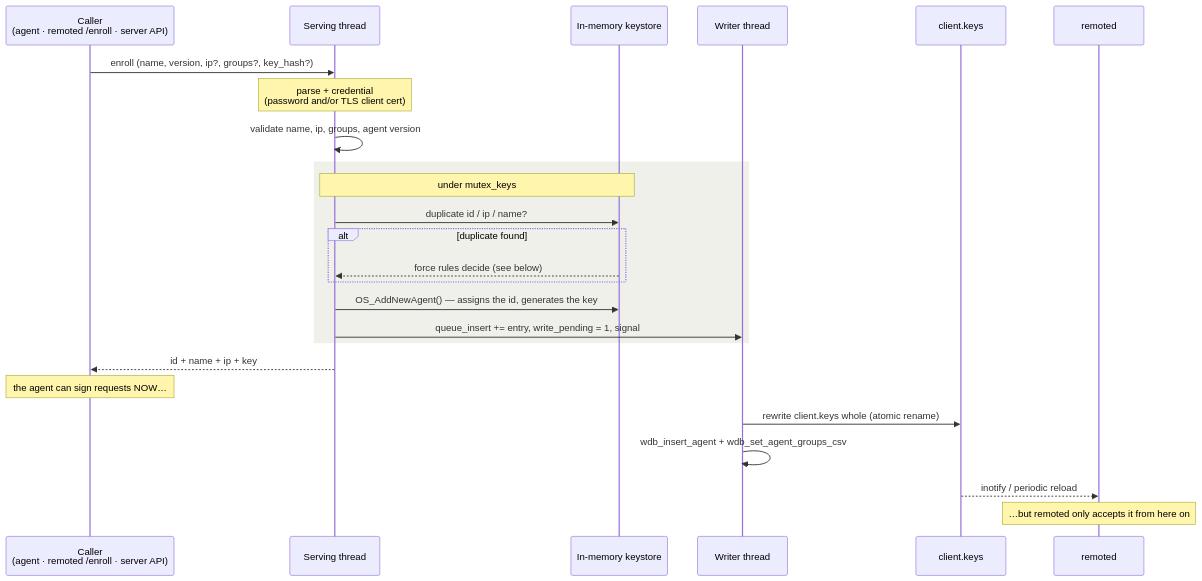
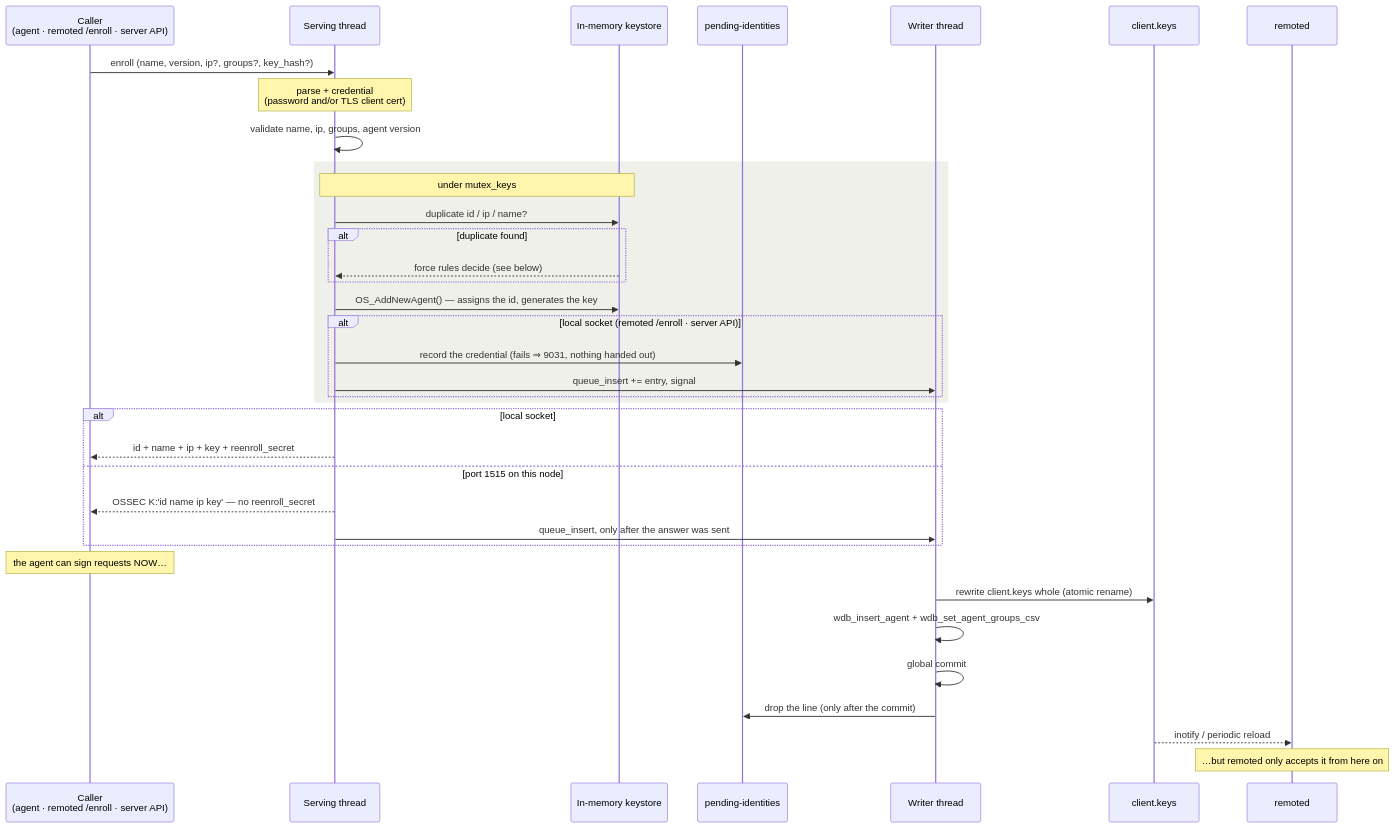
The third of 8 diagrams in docs/ref/modules/authd/architecture.md (wazuh/wazuh), drawn with Mermaid before and after one commit. The commit also changed other lines of this file and 2 other files, not shown here.

````diff
--- a/docs/ref/modules/authd/architecture.md
+++ b/docs/ref/modules/authd/architecture.md
@@ -91,28 +97,39 @@
 ```mermaid
 sequenceDiagram
     participant C as Caller<br/>(agent · remoted /enroll · server API)
     participant T as Serving thread
     participant KS as In-memory keystore
+    participant IJ as pending-identities
     participant W as Writer thread
     participant CK as client.keys
     participant R as remoted
 
     C->>T: enroll (name, version, ip?, groups?, key_hash?)
     Note over T: parse + credential<br/>(password and/or TLS client cert)
     T->>T: validate name, ip, groups, agent version
     rect rgb(240, 240, 235)
         Note over T,KS: under mutex_keys
         T->>KS: duplicate id / ip / name?
         alt duplicate found
             KS-->>T: force rules decide (see below)
         end
         T->>KS: OS_AddNewAgent() — assigns the id, generates the key
-        T->>W: queue_insert += entry, write_pending = 1, signal
+        alt local socket (remoted /enroll · server API)
+            T->>IJ: record the credential (fails ⇒ 9031, nothing handed out)
+            T->>W: queue_insert += entry, signal
+        end
     end
-    T-->>C: id + name + ip + key
+    alt local socket
+        T-->>C: id + name + ip + key + reenroll_secret
+    else port 1515 on this node
+        T-->>C: OSSEC K:'id name ip key' — no reenroll_secret
+        T->>W: queue_insert, only after the answer was sent
+    end
     Note over C: the agent can sign requests NOW…
     W->>CK: rewrite client.keys whole (atomic rename)
     W->>W: wdb_insert_agent + wdb_set_agent_groups_csv
+    W->>W: global commit
+    W->>IJ: drop the line (only after the commit)
     CK-->>R: inotify / periodic reload
     Note over R: …but remoted only accepts it from here on
 ```
````
